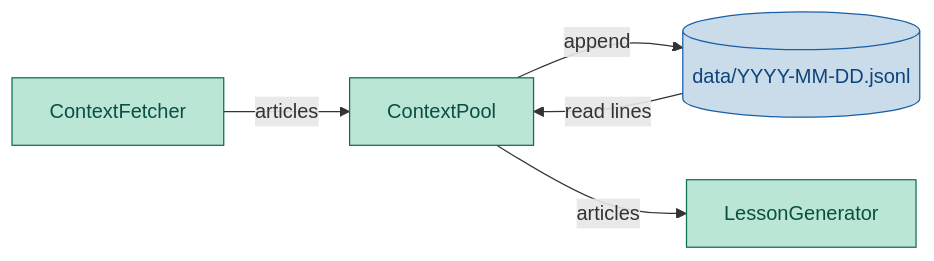
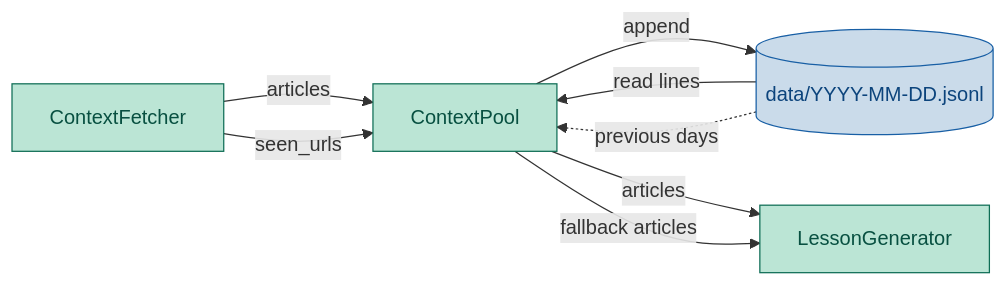
Before and after one commit to yunfei-ma/daglas: the first of 2 diagrams in tasks/context_pool.md, drawn with Mermaid. The commit also changed other lines of this file and 15 other files, not shown here.

````diff
--- a/tasks/context_pool.md
+++ b/tasks/context_pool.md
@@ -9,16 +9,19 @@
 ```mermaid
 graph LR
     classDef core    fill:#bbe5d5,stroke:#0F6E56,color:#085041
     classDef store   fill:#cadbea,stroke:#185FA5,color:#0C447C
     classDef external fill:#f1dfc0,stroke:#BA7517,color:#633806
 
     Fetcher[ContextFetcher]:::core
     Generator[LessonGenerator]:::core
     Pool[ContextPool]:::core
     File[(data/YYYY-MM-DD.jsonl)]:::store
 
     Fetcher -->|articles| Pool
+    Fetcher -->|seen_urls| Pool
     Pool -->|append| File
     File -->|read lines| Pool
     Pool -->|articles| Generator
+    Pool -->|fallback articles| Generator
+    File -.->|previous days| Pool
 ```
````
